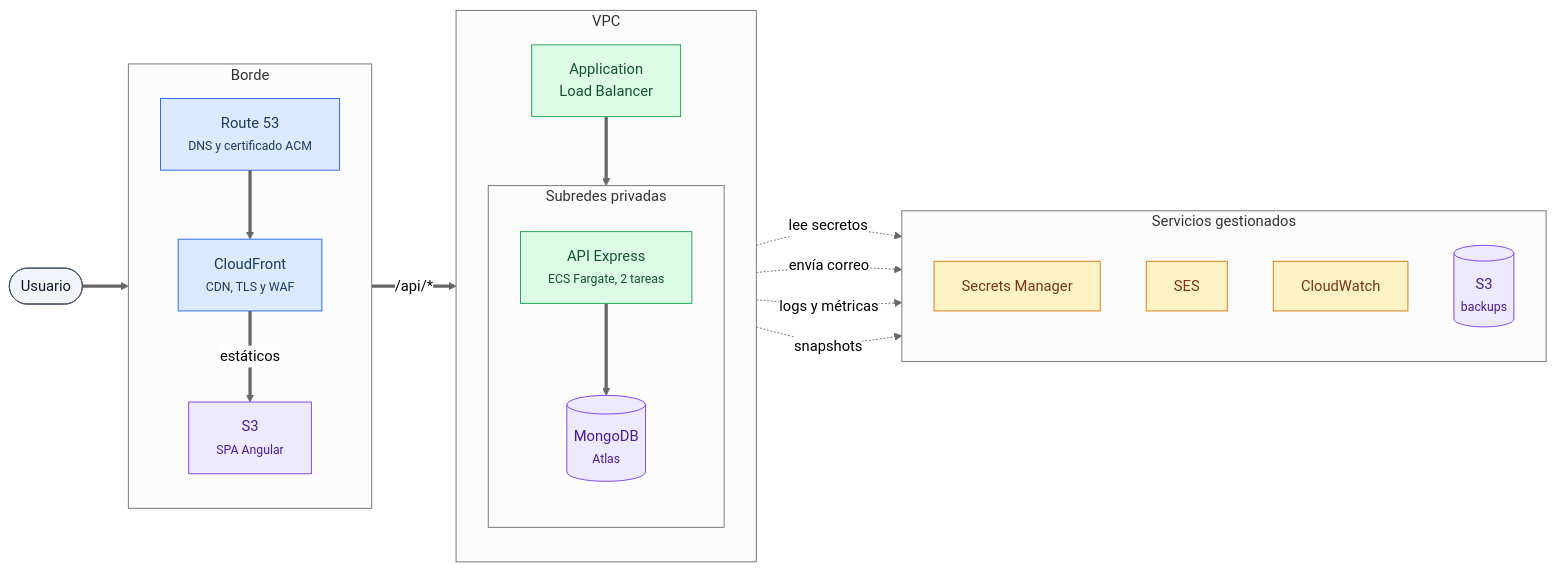
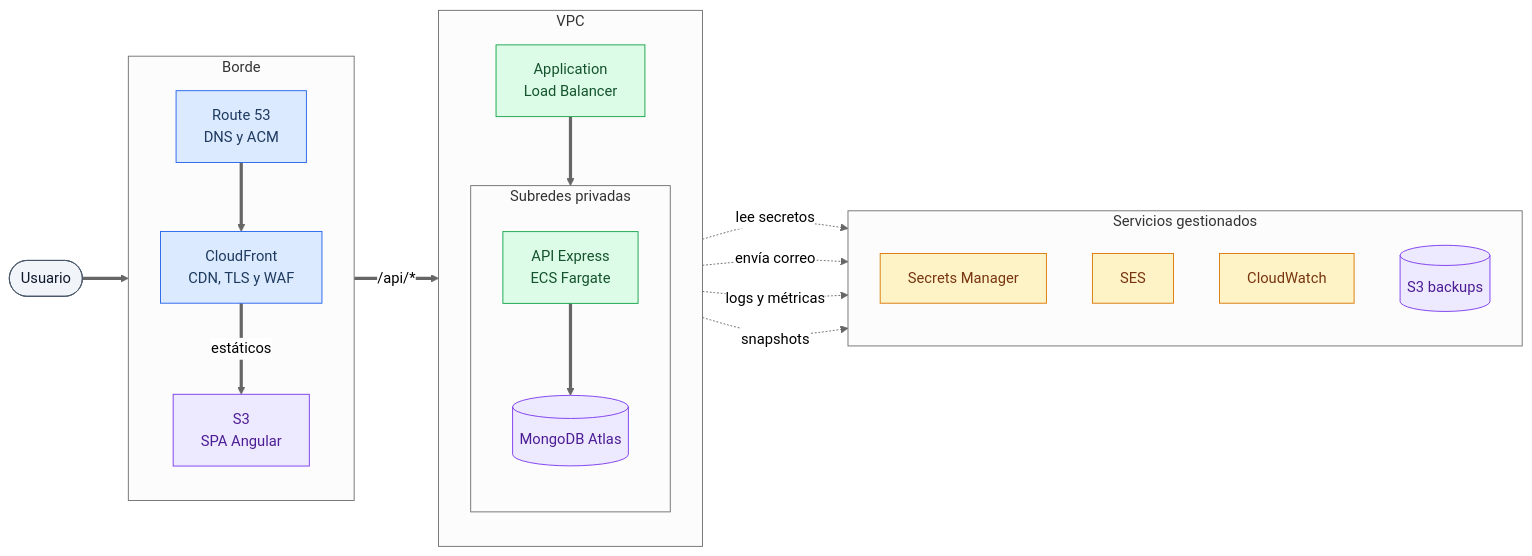
Before and after one commit to GerardoAmaya/real-estate-lead-management: the diagram in TECHNICAL_ANALYSIS.md, drawn with Mermaid (neutral theme). The commit also changed other lines of this file and 1 other file, not shown here.

Commit message:
docs: fix Mermaid label clipping and polish author section

````diff
--- a/TECHNICAL_ANALYSIS.md
+++ b/TECHNICAL_ANALYSIS.md
@@ -325,55 +325,55 @@
 ```mermaid
 flowchart LR
     Usuario(["Usuario"])
 
     subgraph Borde["Borde"]
         direction TB
-        R53["Route 53<br/><small>DNS y certificado ACM</small>"]
-        CF["CloudFront<br/><small>CDN, TLS y WAF</small>"]
-        S3["S3<br/><small>SPA Angular</small>"]
+        R53["Route 53<br/>DNS y ACM"]
+        CF["CloudFront<br/>CDN, TLS y WAF"]
+        S3["S3<br/>SPA Angular"]
     end
 
     subgraph VPC["VPC"]
         direction TB
         ALB["Application<br/>Load Balancer"]
         subgraph Privada["Subredes privadas"]
             direction TB
-            API["API Express<br/><small>ECS Fargate, 2 tareas</small>"]
-            DB[("MongoDB<br/><small>Atlas</small>")]
+            API["API Express<br/>ECS Fargate"]
+            DB[("MongoDB Atlas")]
         end
     end
 
     subgraph Gestionados["Servicios gestionados"]
         direction TB
         SM["Secrets Manager"]
         SES["SES"]
         CW["CloudWatch"]
-        BK[("S3<br/><small>backups</small>")]
+        BK[("S3 backups")]
     end
 
     Usuario ==> R53
     R53 ==> CF
     CF == "estáticos" ==> S3
     CF == "/api/*" ==> ALB
     ALB ==> API
     API ==> DB
 
     API -. "lee secretos" .-> SM
     API -. "envía correo" .-> SES
     API -. "logs y métricas" .-> CW
     DB -. "snapshots" .-> BK
 
     classDef borde fill:#dbeafe,stroke:#2563eb,stroke-width:1px,color:#1e3a5f
     classDef computo fill:#dcfce7,stroke:#16a34a,stroke-width:1px,color:#14532d
     classDef datos fill:#ede9fe,stroke:#7c3aed,stroke-width:1px,color:#4c1d95
     classDef gestionado fill:#fef3c7,stroke:#d97706,stroke-width:1px,color:#78350f
     classDef actor fill:#f1f5f9,stroke:#475569,stroke-width:1px,color:#0f172a
 
     class Usuario actor
     class R53,CF borde
     class S3 datos
     class ALB,API computo
     class DB datos
     class SM,SES,CW gestionado
     class BK datos
 ```
````
